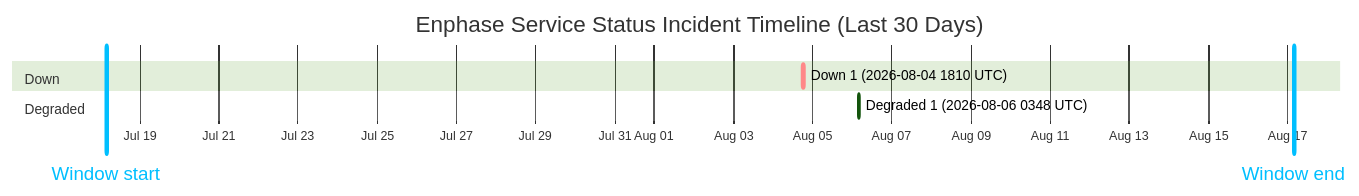
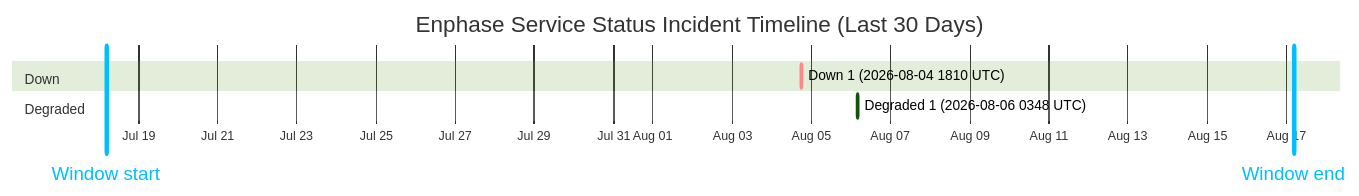
One commit to barneyonline/ha-enphase-energy changed the diagram in wiki/Service-Status-History.md. Above: the diagram before and after it, drawn with Mermaid (forest theme). The commit also changed other lines of this file and 3 other files, not shown here.

````diff
--- a/wiki/Service-Status-History.md
+++ b/wiki/Service-Status-History.md
@@ -14,12 +14,12 @@
 ```mermaid
 gantt
     title Enphase Service Status Incident Timeline (Last 30 Days)
     dateFormat  YYYY-MM-DDTHH:mm:ss
     axisFormat  %b %d
-    Window start :vert, window-start, 2026-07-18T03:48:02, 0ms
-    Window end :vert, window-end, 2026-08-17T03:48:02, 0ms
+    Window start :vert, window-start, 2026-07-18T04:39:21, 0ms
+    Window end :vert, window-end, 2026-08-17T04:39:21, 0ms
     section Down
     Down 1 (2026-08-04 1810 UTC) :crit, down-1, 2026-08-04T18:10:46, 60m
     section Degraded
     Degraded 1 (2026-08-06 0348 UTC) :active, degraded-1, 2026-08-06T03:48:14, 60m
 ```
````
